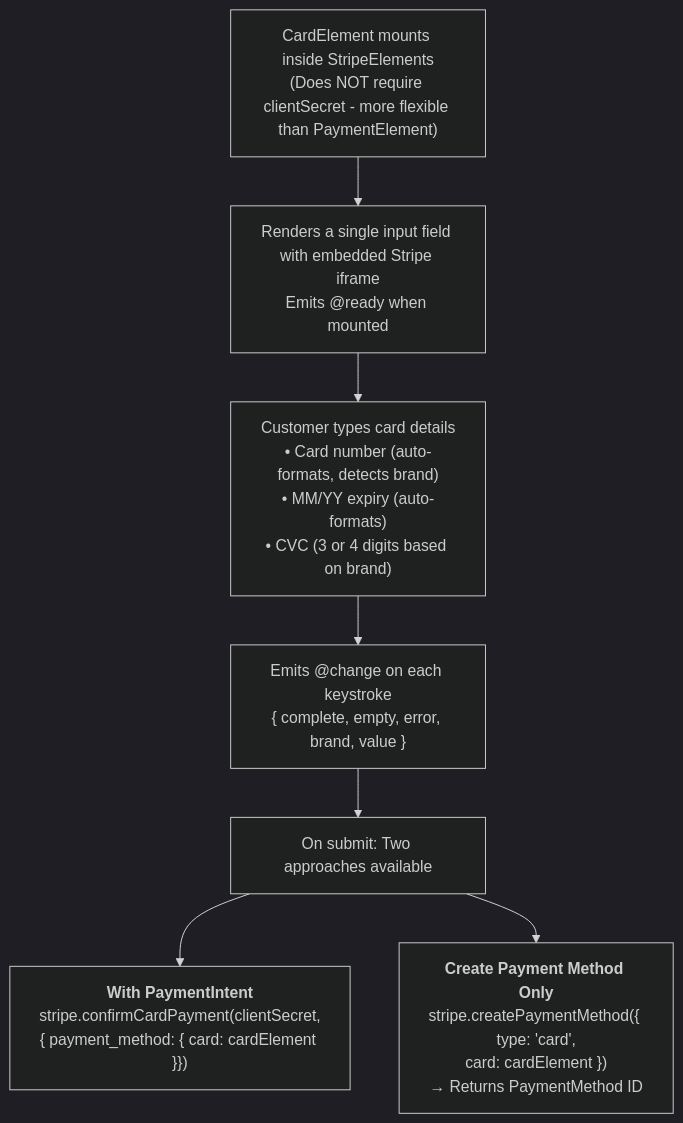
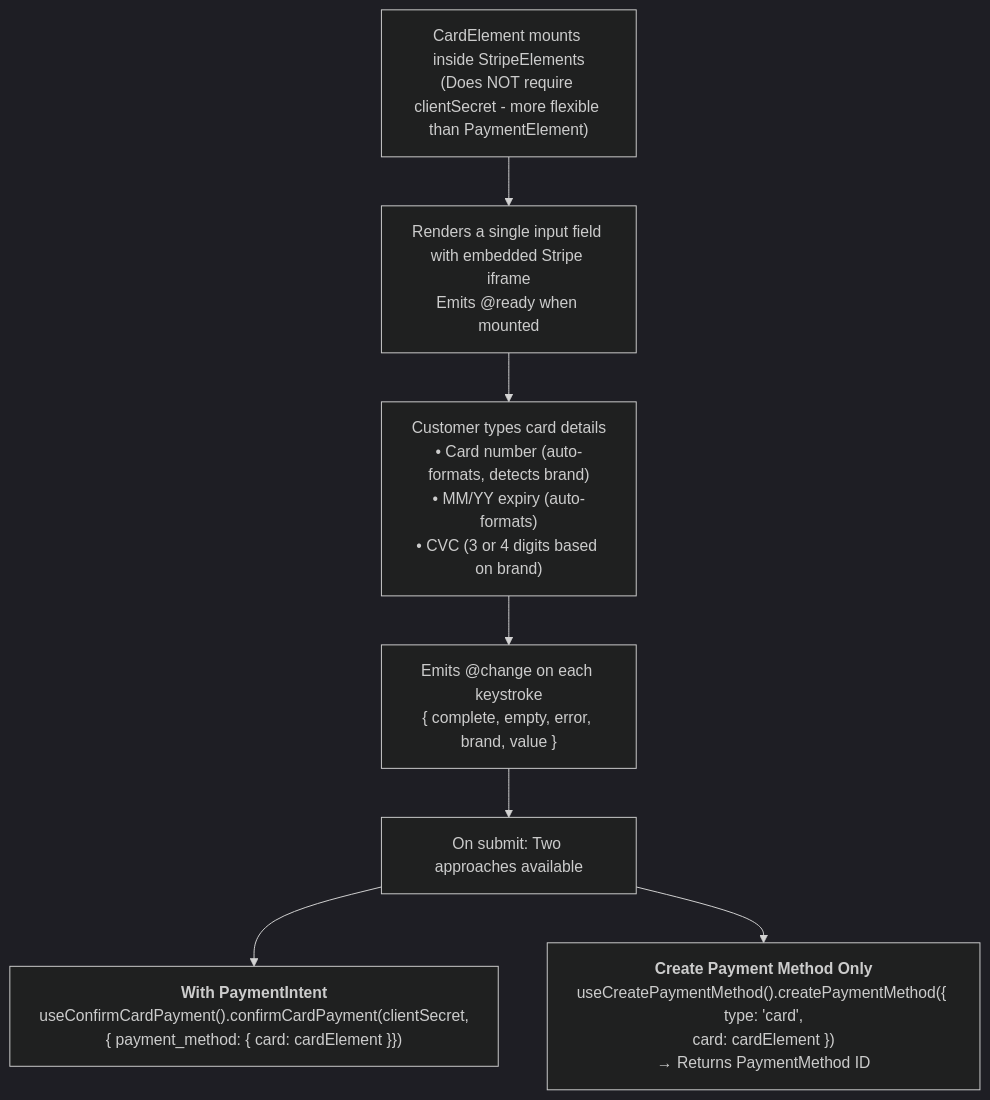
The diagram in apps/docs/api/components/stripe-card-element.md (vue-stripe/vue-stripe), drawn with Mermaid (dark theme) before and after one commit. The commit also changed other lines of this file and 24 other files, not shown here.

````diff
--- a/apps/docs/api/components/stripe-card-element.md
+++ b/apps/docs/api/components/stripe-card-element.md
@@ -23,9 +23,9 @@
 ```mermaid
 flowchart TD
     A["CardElement mounts inside StripeElements<br/>(Does NOT require clientSecret - more flexible than PaymentElement)"] --> B["Renders a single input field with embedded Stripe iframe<br/>Emits @ready when mounted"]
     B --> C["Customer types card details<br/>• Card number (auto-formats, detects brand)<br/>• MM/YY expiry (auto-formats)<br/>• CVC (3 or 4 digits based on brand)"]
     C --> D["Emits @change on each keystroke<br/>{ complete, empty, error, brand, value }"]
     D --> E["On submit: Two approaches available"]
-    E --> F["<b>With PaymentIntent</b><br/>stripe.confirmCardPayment(clientSecret,<br/>{ payment_method: { card: cardElement }})"]
-    E --> G["<b>Create Payment Method Only</b><br/>stripe.createPaymentMethod({ type: 'card',<br/>card: cardElement })<br/>→ Returns PaymentMethod ID"]
+    E --> F["<b>With PaymentIntent</b><br/>useConfirmCardPayment().confirmCardPayment(clientSecret,<br/>{ payment_method: { card: cardElement }})"]
+    E --> G["<b>Create Payment Method Only</b><br/>useCreatePaymentMethod().createPaymentMethod({ type: 'card',<br/>card: cardElement })<br/>→ Returns PaymentMethod ID"]
 ```
````
